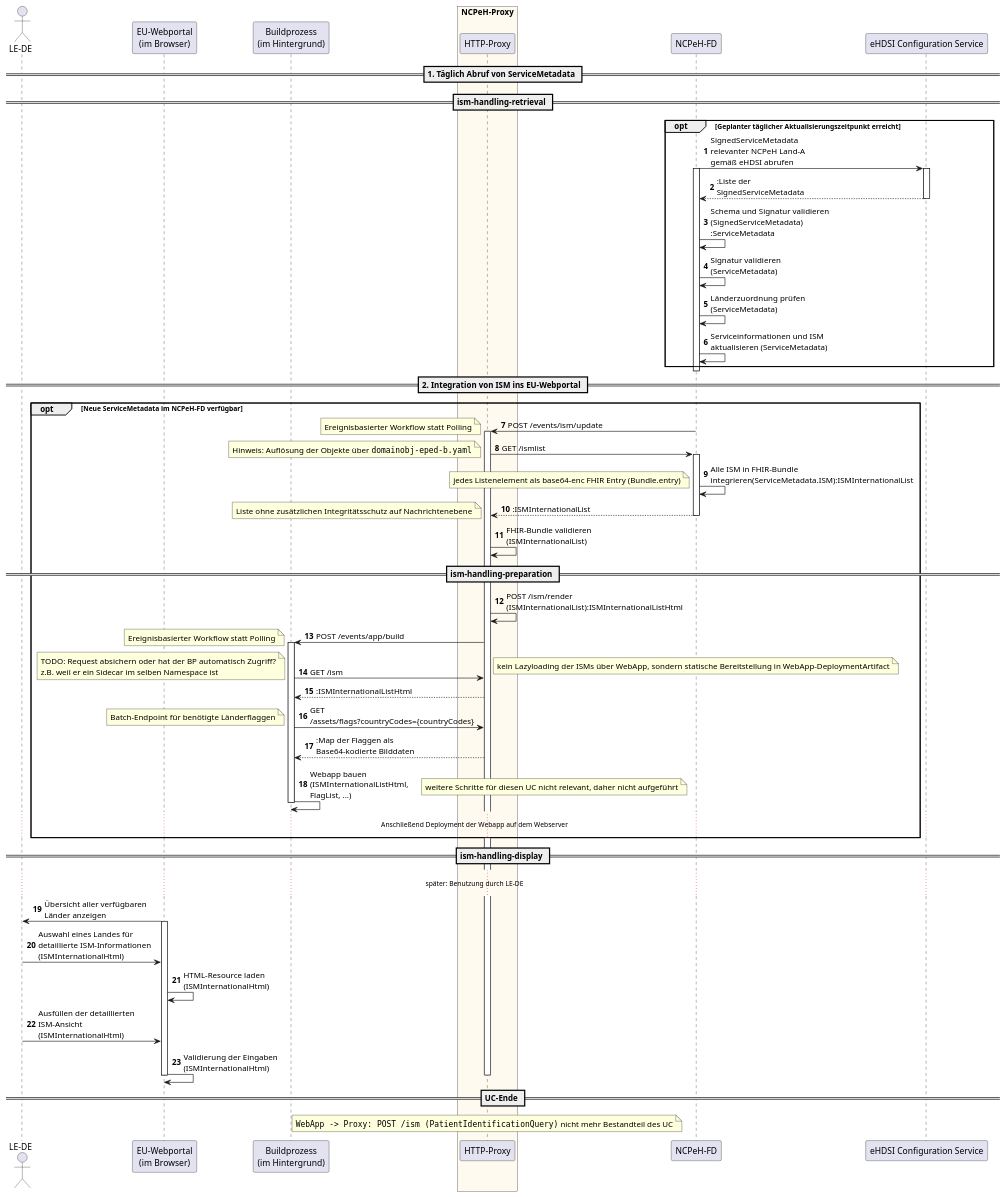
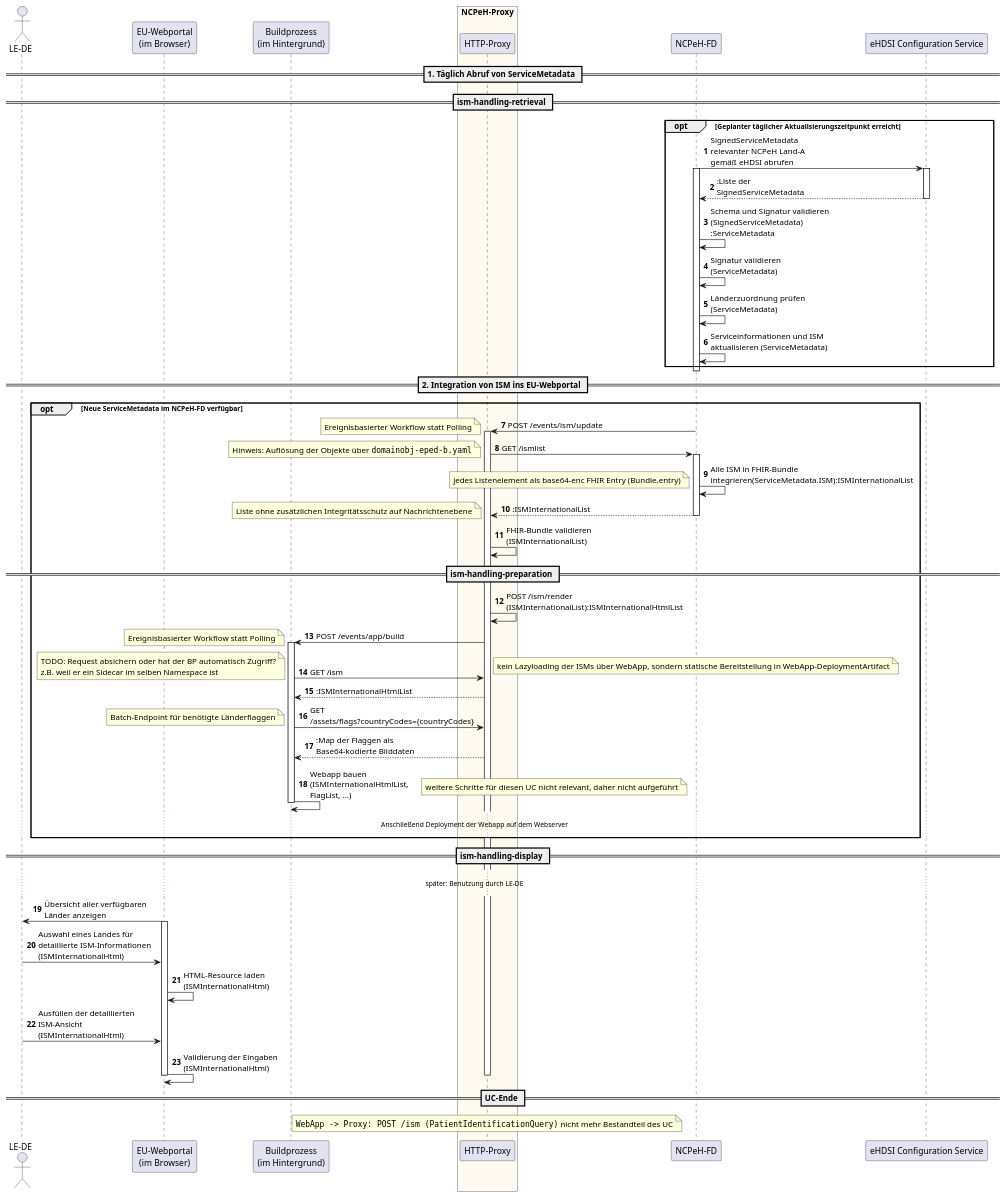
Before and after one commit to gematik/api-ncpeh: the diagram in src/images/feature/eped-b/functional/ISM_bereitstellen_detailed.puml, drawn with PlantUML.

Commit message:
fix/ism-specification-contract: Align rendered ISM type name

```diff
--- a/src/images/feature/eped-b/functional/ISM_bereitstellen_detailed.puml
+++ b/src/images/feature/eped-b/functional/ISM_bereitstellen_detailed.puml
@@ -1,87 +1,87 @@
 @startuml ISM bereitstellen (detailliert)
 
 skinparam maxMessageSize 200
 autonumber
 
 actor "LE-DE" as User
 
 participant "EU-Webportal\n(im Browser)" as WebApp
 participant "Buildprozess\n(im Hintergrund)" as Buildprozess
 
 box "NCPeH-Proxy" #FloralWhite
     participant "HTTP-Proxy" as Proxy
 end box
 participant "NCPeH-FD" as NCPeH
 participant "eHDSI Configuration Service" as ConfServ
 
 == 1. Täglich Abruf von ServiceMetadata ==
 == ism-handling-retrieval ==
 
 opt Geplanter täglicher Aktualisierungszeitpunkt erreicht
     NCPeH -> ConfServ: SignedServiceMetadata relevanter NCPeH Land-A gemäß eHDSI abrufen
     activate NCPeH 
     activate ConfServ
 
     ConfServ --> NCPeH: :Liste der SignedServiceMetadata
     deactivate ConfServ
 
     NCPeH -> NCPeH: Schema und Signatur validieren (SignedServiceMetadata) :ServiceMetadata
     NCPeH -> NCPeH: Signatur validieren (ServiceMetadata)
     NCPeH -> NCPeH: Länderzuordnung prüfen (ServiceMetadata)
     NCPeH -> NCPeH: Serviceinformationen und ISM aktualisieren (ServiceMetadata)
 end
 deactivate NCPeH
 
 == 2. Integration von ISM ins EU-Webportal ==
 
 opt Neue ServiceMetadata im NCPeH-FD verfügbar
     NCPeH -> Proxy: POST /events/ism/update
     note left: Ereignisbasierter Workflow statt Polling
     activate Proxy
     Proxy -> NCPeH: GET /ismlist
     activate NCPeH
     note left: Hinweis: Auflösung der Objekte über ""domainobj-eped-b.yaml""
     NCPeH -> NCPeH: Alle ISM in FHIR-Bundle integrieren(ServiceMetadata.ISM):ISMInternationalList
     note left: jedes Listenelement als base64-enc FHIR Entry (Bundle.entry)
     NCPeH --> Proxy: :ISMInternationalList
     note left: Liste ohne zusätzlichen Integritätsschutz auf Nachrichtenebene
     deactivate NCPeH
     Proxy -> Proxy: FHIR-Bundle validieren (ISMInternationalList)
 
 == ism-handling-preparation ==
-    Proxy -> Proxy: POST /ism/render (ISMInternationalList):ISMInternationalListHtml
+    Proxy -> Proxy: POST /ism/render (ISMInternationalList):ISMInternationalHtmlList
     'WebApp -> Proxy: POST /ism (ism_international_specific_html)
     
     Proxy -> Buildprozess: POST /events/app/build
     note left: Ereignisbasierter Workflow statt Polling
     activate Buildprozess
         Buildprozess -> Proxy: GET /ism
         note right: kein Lazyloading der ISMs über WebApp, sondern statische Bereitstellung in WebApp-DeploymentArtifact
         note left: TODO: Request absichern oder hat der BP automatisch Zugriff?\nz.B. weil er ein Sidecar im selben Namespace ist
-        Proxy --> Buildprozess: :ISMInternationalListHtml
+        Proxy --> Buildprozess: :ISMInternationalHtmlList
         
         Buildprozess -> Proxy: GET /assets/flags?countryCodes={countryCodes}
         note left: Batch-Endpoint für benötigte Länderflaggen
         Proxy --> Buildprozess: :Map der Flaggen als Base64-kodierte Bilddaten
         
-        Buildprozess -> Buildprozess: Webapp bauen (ISMInternationalListHtml, FlagList, ...)
+        Buildprozess -> Buildprozess: Webapp bauen (ISMInternationalHtmlList, FlagList, ...)
         note right: weitere Schritte für diesen UC nicht relevant, daher nicht aufgeführt
     deactivate Buildprozess
     ... Anschließend Deployment der Webapp auf dem Webserver ...
 end
 
 == ism-handling-display ==
     ... später: Benutzung durch LE-DE ...
     WebApp -> User: Übersicht aller verfügbaren Länder anzeigen
     activate WebApp
     User -> WebApp: Auswahl eines Landes für detaillierte ISM-Informationen (ISMInternationalHtml)
     WebApp -> WebApp: HTML-Resource laden (ISMInternationalHtml)
     User -> WebApp: Ausfüllen der detaillierten ISM-Ansicht (ISMInternationalHtml)
     WebApp -> WebApp: Validierung der Eingaben (ISMInternationalHtml)
     deactivate WebApp
 
 == UC-Ende ==
     note over Proxy: ""WebApp -> Proxy: POST /ism (PatientIdentificationQuery)"" nicht mehr Bestandteil des UC 
 
 deactivate Proxy
 @enduml
```
